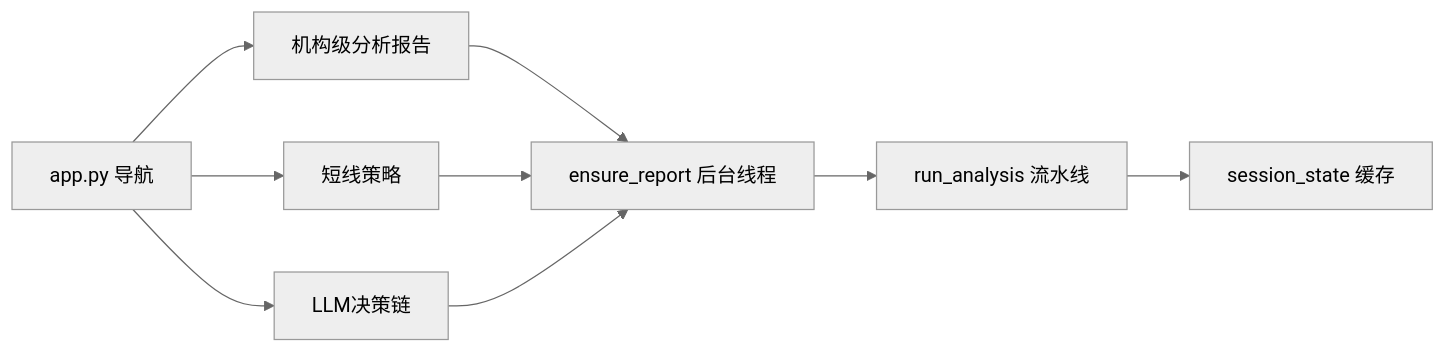
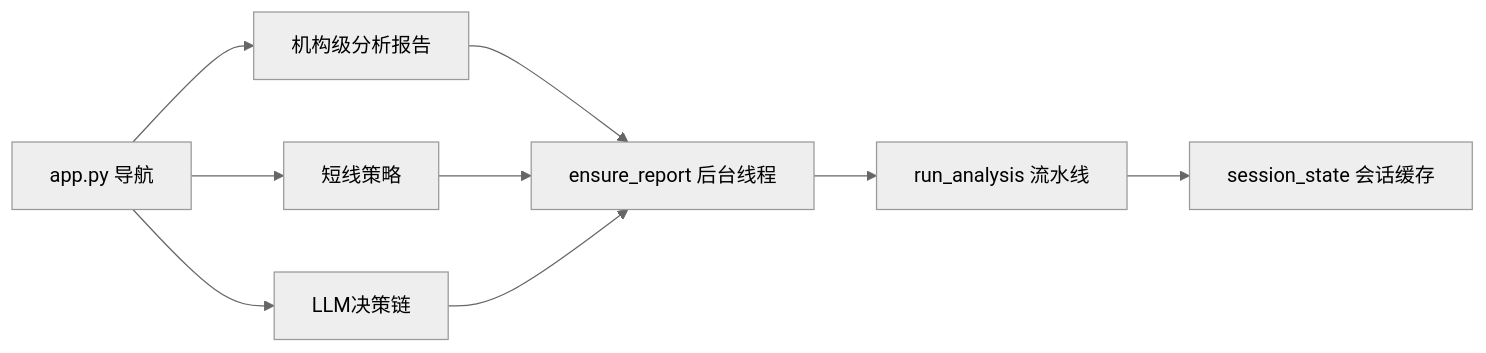
Before and after one commit to vbqx/GoldAnalysisAI: the first of 2 diagrams in docs/walkthrough.md, drawn with Mermaid (neutral theme). The commit also changed other lines of this file and 10 other files, not shown here.

````diff
--- a/docs/walkthrough.md
+++ b/docs/walkthrough.md
@@ -15,11 +15,11 @@
 ```mermaid
 flowchart LR
     A[app.py 导航] --> B[机构级分析报告]
     A --> C[短线策略]
     A --> D[LLM决策链]
     B --> E[ensure_report 后台线程]
     C --> E
     D --> E
     E --> F[run_analysis 流水线]
-    F --> G[session_state 缓存]
+    F --> G[session_state 会话缓存]
 ```
````
